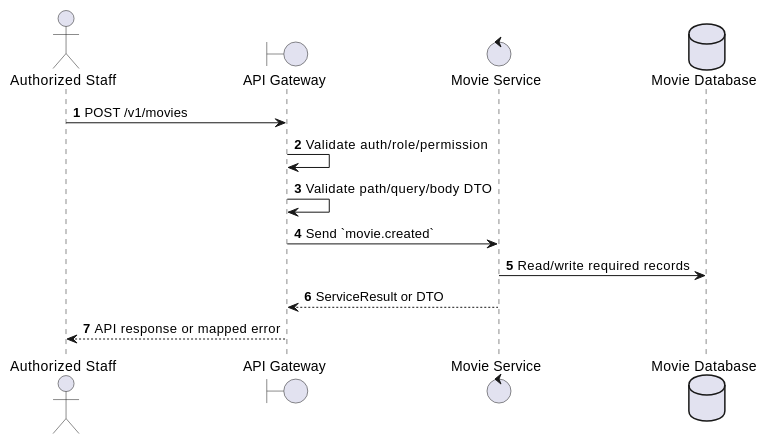
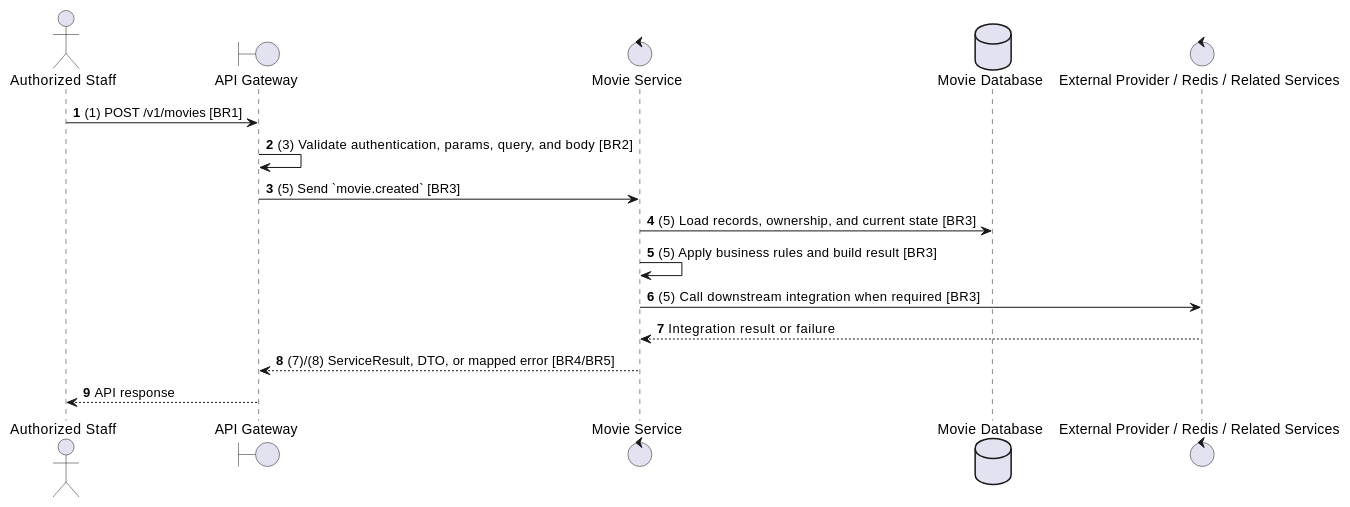
One commit to Tanh1603/movie-hub-architecture changed the second of 2 diagrams in docs/functional_specs/3.3.1_Movie_Catalog/MV-04_Create_Movie.md. Above: the diagram before and after it, drawn with PlantUML. The commit also changed other lines of this file and 129 other files, not shown here.

````diff
--- a/docs/functional_specs/3.3.1_Movie_Catalog/MV-04_Create_Movie.md
+++ b/docs/functional_specs/3.3.1_Movie_Catalog/MV-04_Create_Movie.md
@@ -17,17 +64,20 @@
 ```plantuml
 @startuml
 autonumber
 actor "Authorized Staff" as Actor
 boundary "API Gateway" as GW
 control "Movie Service" as SVC
 database "Movie Database" as DB
+control "External Provider / Redis / Related Services" as EXT
 
-Actor -> GW: POST /v1/movies
-GW -> GW: Validate auth/role/permission
-GW -> GW: Validate path/query/body DTO
-GW -> SVC: Send `movie.created`
-SVC -> DB: Read/write required records
-SVC --> GW: ServiceResult or DTO
-GW --> Actor: API response or mapped error
+Actor -> GW: (1) POST /v1/movies [BR1]
+GW -> GW: (3) Validate authentication, params, query, and body [BR2]
+GW -> SVC: (5) Send `movie.created` [BR3]
+SVC -> DB: (5) Load records, ownership, and current state [BR3]
+SVC -> SVC: (5) Apply business rules and build result [BR3]
+SVC -> EXT: (5) Call downstream integration when required [BR3]
+EXT --> SVC: Integration result or failure
+SVC --> GW: (7)/(8) ServiceResult, DTO, or mapped error [BR4/BR5]
+GW --> Actor: API response
 @enduml
 ```
````
